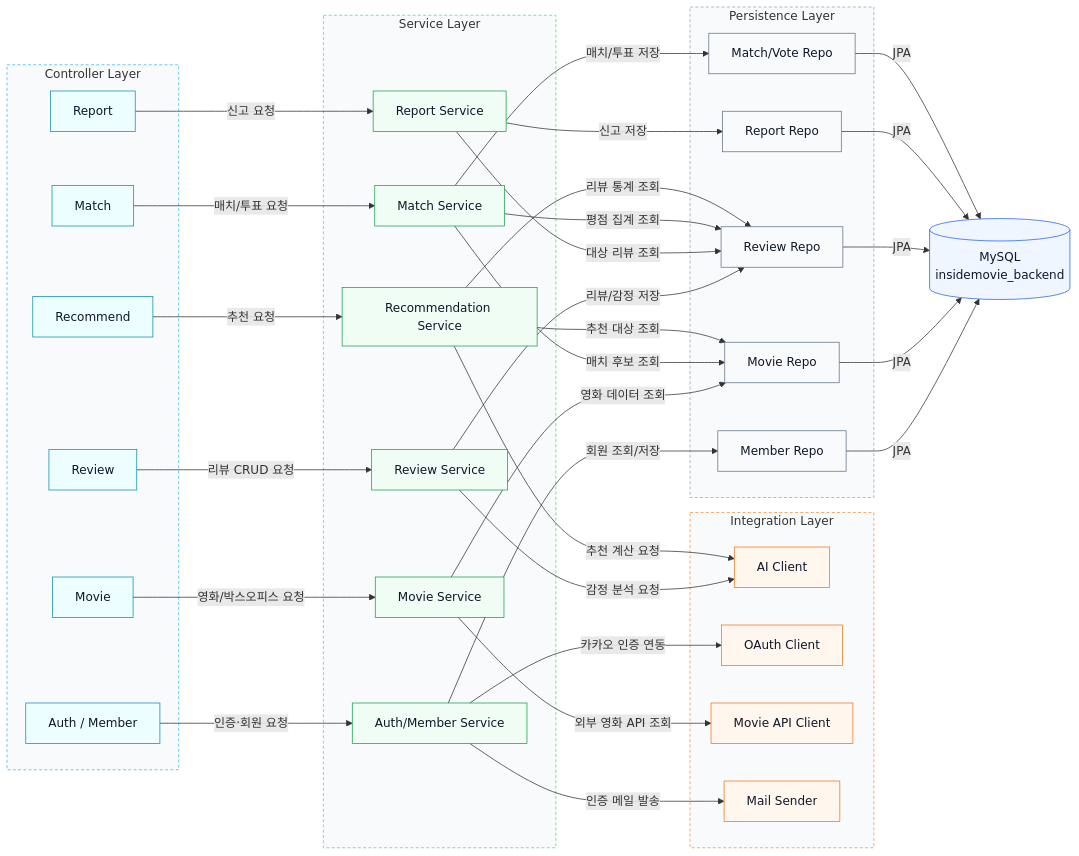
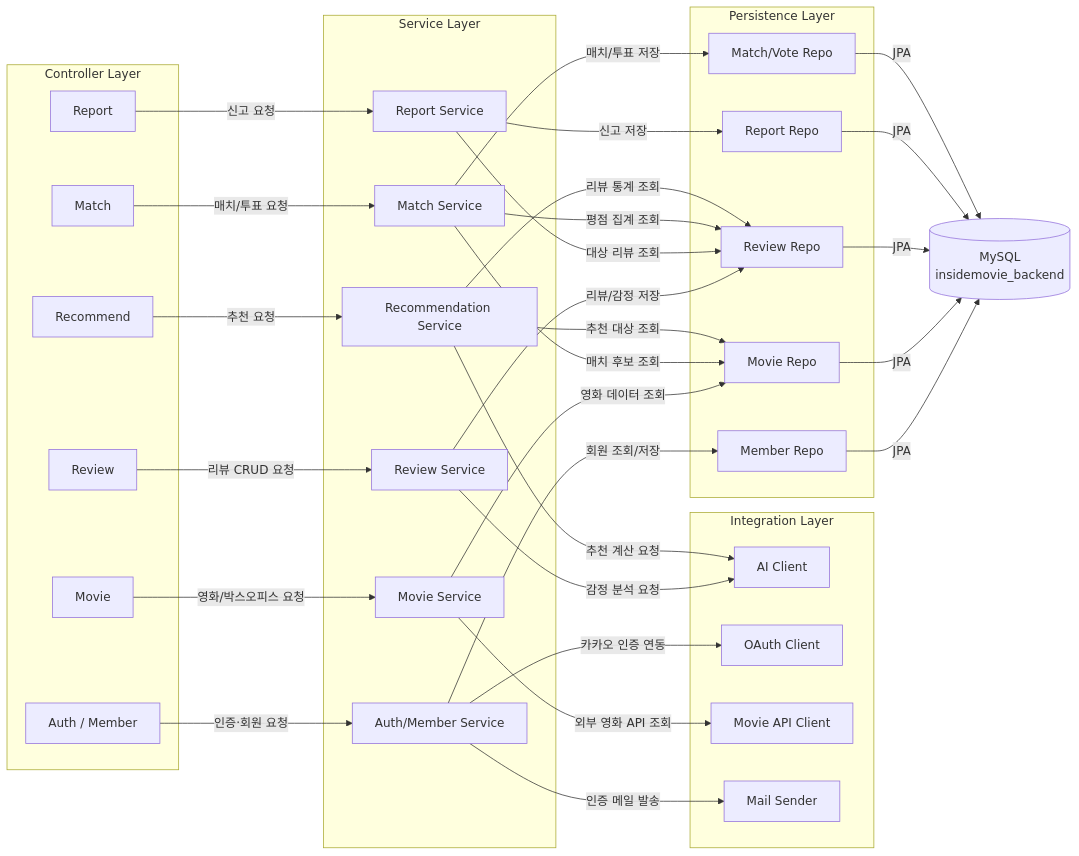
Before and after one commit to Gumraze-git/devlog: the second of 9 diagrams in posts/projects/movie-platform.md, drawn with Mermaid. The commit also changed other lines of this file and 8 other files, not shown here.

````diff
--- a/posts/projects/movie-platform.md
+++ b/posts/projects/movie-platform.md
@@ -152,20 +201,7 @@
   P_Report -- "JPA" --> DB
   P_Match -- "JPA" --> DB
 
-  class C_Auth,C_Movie,C_Review,C_Report,C_Match,C_Recommend controller
-  class S_Auth,S_Movie,S_Review,S_Report,S_Match,S_Recommend service
-  class I_AI,I_OAuth,I_MovieAPI,I_Mail integration
-  class P_Member,P_Movie,P_Review,P_Report,P_Match repo
-  class DB data
+  class S_Auth,S_Movie,S_Review,S_Report,S_Match,S_Recommend sem-success;
+  class I_AI,I_OAuth,I_MovieAPI,I_Mail sem-info;
 
-  classDef controller fill:#ecfeff,stroke:#0891b2,color:#0f172a,stroke-width:1px
-  classDef service fill:#f0fdf4,stroke:#16a34a,color:#0f172a,stroke-width:1px
-  classDef integration fill:#fff7ed,stroke:#f97316,color:#0f172a,stroke-width:1px
-  classDef repo fill:#f8fafc,stroke:#64748b,color:#0f172a,stroke-width:1px
-  classDef data fill:#eff6ff,stroke:#2563eb,color:#0f172a,stroke-width:1px
-
-  style C fill:#f8fafc,stroke:#38bdf8,stroke-dasharray: 4 3
-  style S fill:#f8fafc,stroke:#4ade80,stroke-dasharray: 4 3
-  style I fill:#f8fafc,stroke:#fb923c,stroke-dasharray: 4 3
-  style P fill:#f8fafc,stroke:#94a3b8,stroke-dasharray: 4 3
 ```
````
